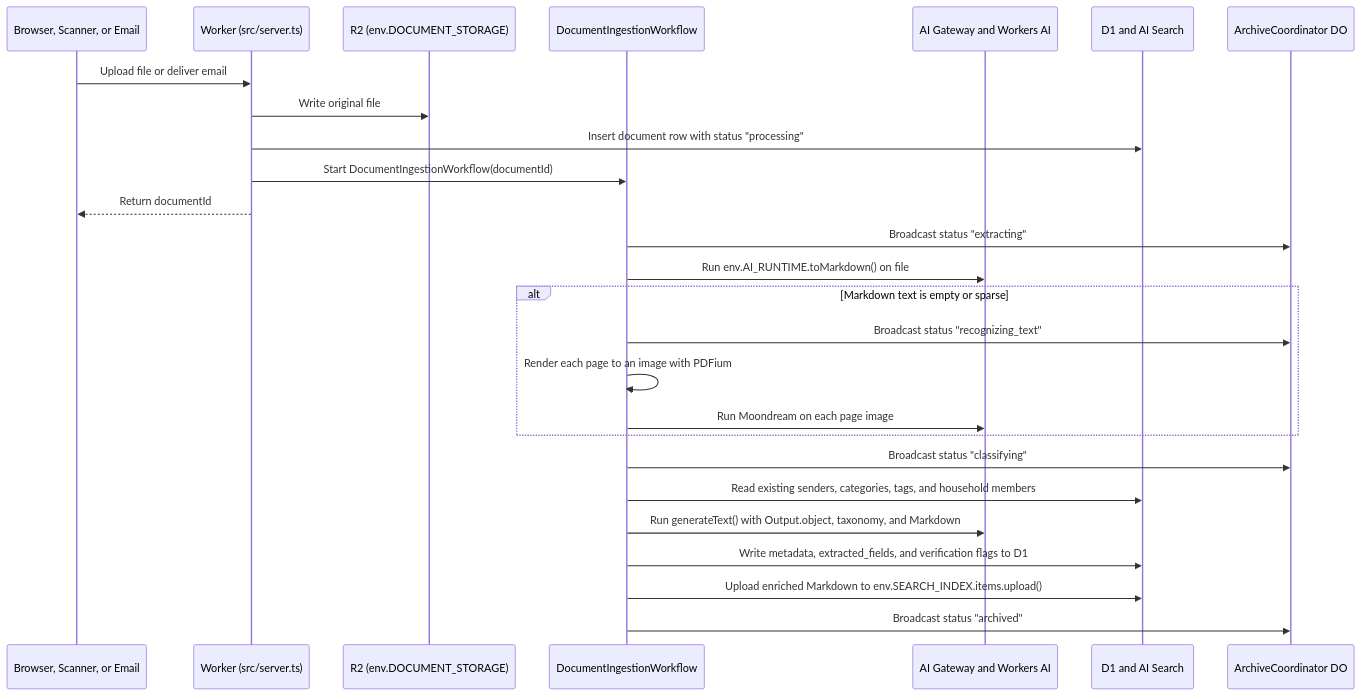
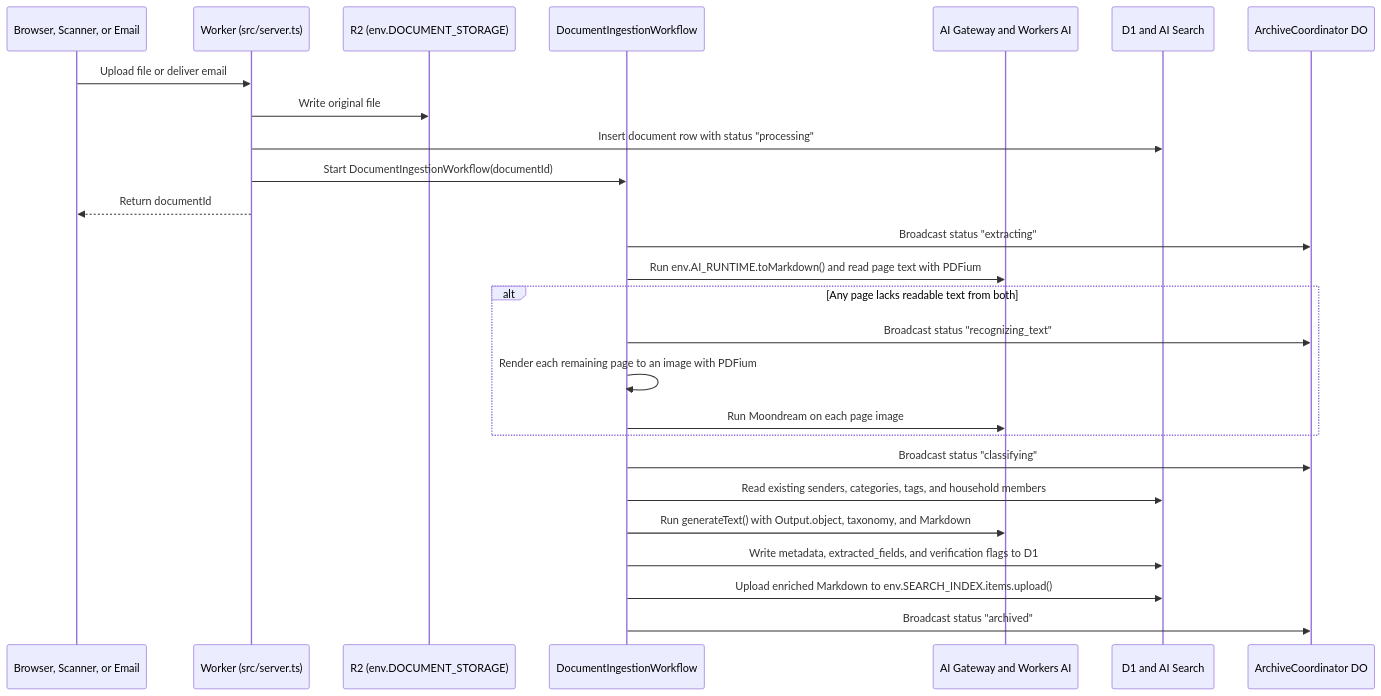
One commit to SzymonNastaly/schublade changed the second of 2 diagrams in VISION.md. Above: the diagram before and after it, drawn with Mermaid. The commit also changed other lines of this file and 2 other files, not shown here.

First line of the commit message:
Document token and email ingestion and the three-tier text pipeline

````diff
--- a/VISION.md
+++ b/VISION.md
@@ -103,29 +103,29 @@
 ```mermaid
 sequenceDiagram
 	participant Client as Browser, Scanner, or Email
 	participant Worker as Worker (src/server.ts)
 	participant R2 as R2 (env.DOCUMENT_STORAGE)
 	participant WF as DocumentIngestionWorkflow
 	participant AI as AI Gateway and Workers AI
 	participant DB as D1 and AI Search
 	participant Coord as ArchiveCoordinator DO
 
 	Client->>Worker: Upload file or deliver email
 	Worker->>R2: Write original file
 	Worker->>DB: Insert document row with status "processing"
 	Worker->>WF: Start DocumentIngestionWorkflow(documentId)
 	Worker-->>Client: Return documentId
 	WF->>Coord: Broadcast status "extracting"
-	WF->>AI: Run env.AI_RUNTIME.toMarkdown() on file
-	alt Markdown text is empty or sparse
+	WF->>AI: Run env.AI_RUNTIME.toMarkdown() and read page text with PDFium
+	alt Any page lacks readable text from both
 		WF->>Coord: Broadcast status "recognizing_text"
-		WF->>WF: Render each page to an image with PDFium
+		WF->>WF: Render each remaining page to an image with PDFium
 		WF->>AI: Run Moondream on each page image
 	end
 	WF->>Coord: Broadcast status "classifying"
 	WF->>DB: Read existing senders, categories, tags, and household members
 	WF->>AI: Run generateText() with Output.object, taxonomy, and Markdown
 	WF->>DB: Write metadata, extracted_fields, and verification flags to D1
 	WF->>DB: Upload enriched Markdown to env.SEARCH_INDEX.items.upload()
 	WF->>Coord: Broadcast status "archived"
 ```
````
